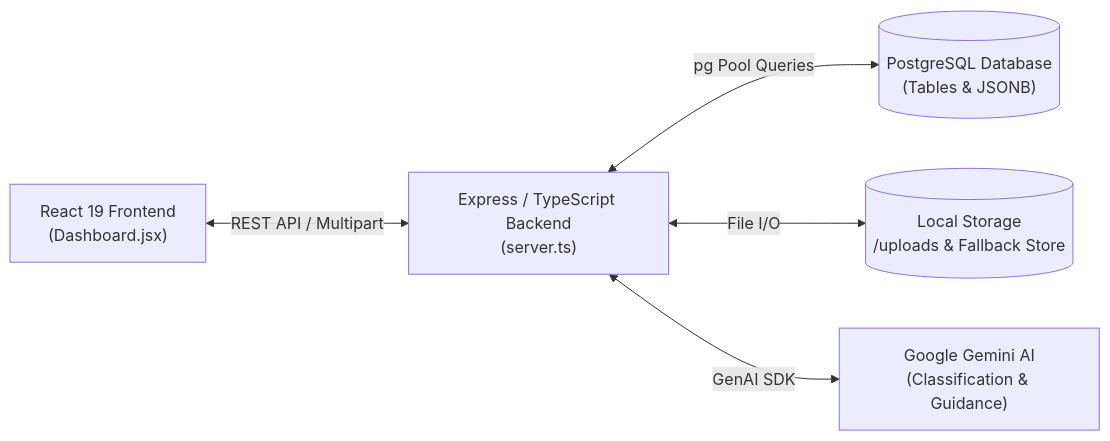
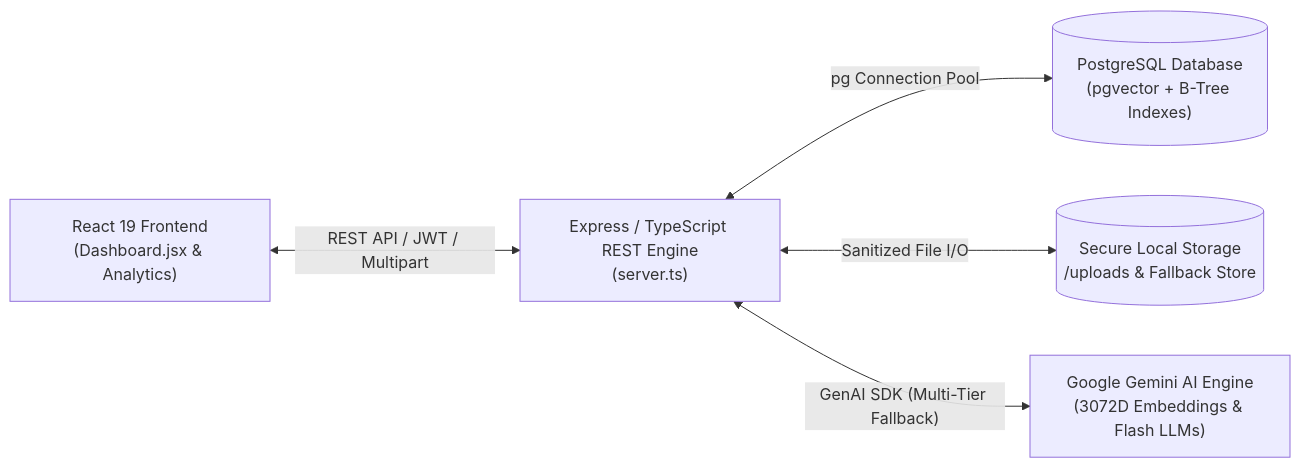
Before and after one commit to Ummannipavani/BugFlow_project: the first of 2 diagrams in README.md, drawn with Mermaid. The commit also changed other lines of this file and 8 other files, not shown here.

````diff
--- a/README.md
+++ b/README.md
@@ -60,13 +65,13 @@
 ```mermaid
 flowchart LR
-    Client["React 19 Frontend\n(Dashboard.jsx)"]
-    Server["Express / TypeScript Backend\n(server.ts)"]
-    DB[("PostgreSQL Database\n(Tables & JSONB)")]
-    Disk[("Local Storage\n/uploads & Fallback Store")]
-    AI["Google Gemini AI\n(Classification & Guidance)"]
+    Client["React 19 Frontend\n(Dashboard.jsx & Analytics)"]
+    Server["Express / TypeScript REST Engine\n(server.ts)"]
+    DB[("PostgreSQL Database\n(pgvector + B-Tree Indexes)")]
+    Disk[("Secure Local Storage\n/uploads & Fallback Store")]
+    AI["Google Gemini AI Engine\n(3072D Embeddings & Flash LLMs)"]
 
-    Client <-->|"REST API / Multipart"| Server
-    Server <-->|"pg Pool Queries"| DB
-    Server <-->|"File I/O"| Disk
-    Server <-->|"GenAI SDK"| AI
+    Client <-->|"REST API / JWT / Multipart"| Server
+    Server <-->|"pg Connection Pool"| DB
+    Server <-->|"Sanitized File I/O"| Disk
+    Server <-->|"GenAI SDK (Multi-Tier Fallback)"| AI
 ```
````
